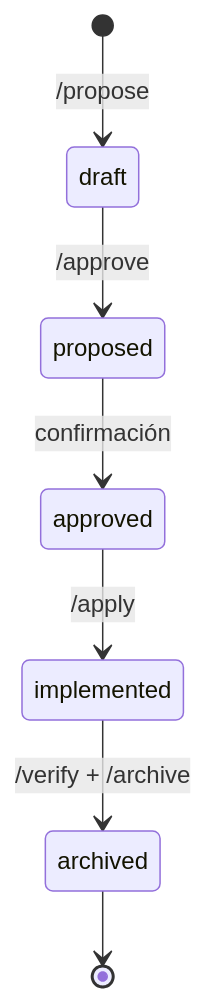
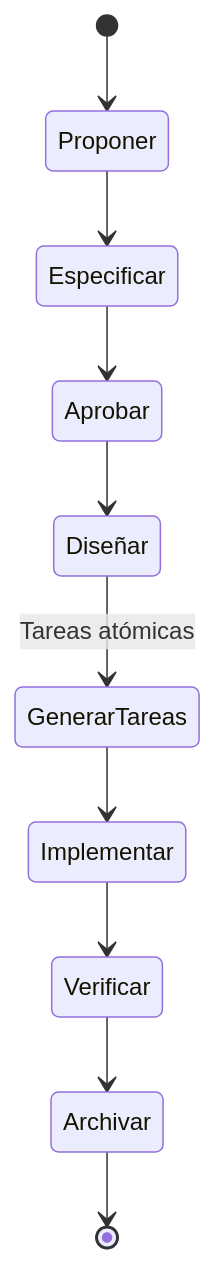
One commit to Bajmein/forge-showcase changed the diagram in README.md. Above: the diagram before and after it, drawn with Mermaid. The commit also changed other lines of this file, not shown here.

Commit message:
feat: update forge pipeline stages

````diff
--- a/README.md
+++ b/README.md
@@ -27,9 +36,12 @@
 ```mermaid
 stateDiagram-v2
-    [*] --> draft : /propose
-    draft --> proposed : /approve
-    proposed --> approved : confirmación
-    approved --> implemented : /apply
-    implemented --> archived : /verify + /archive
-    archived --> [*]
+    [*] --> Proponer
+    Proponer --> Especificar
+    Especificar --> Aprobar
+    Aprobar --> Diseñar
+    Diseñar --> GenerarTareas : Tareas atómicas
+    GenerarTareas --> Implementar
+    Implementar --> Verificar
+    Verificar --> Archivar
+    Archivar --> [*]
 ```
````
